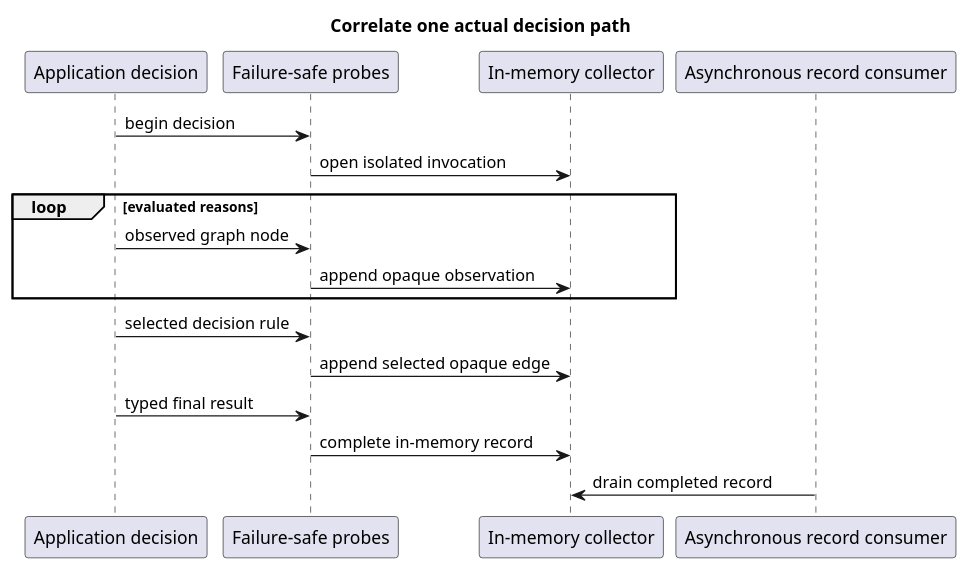
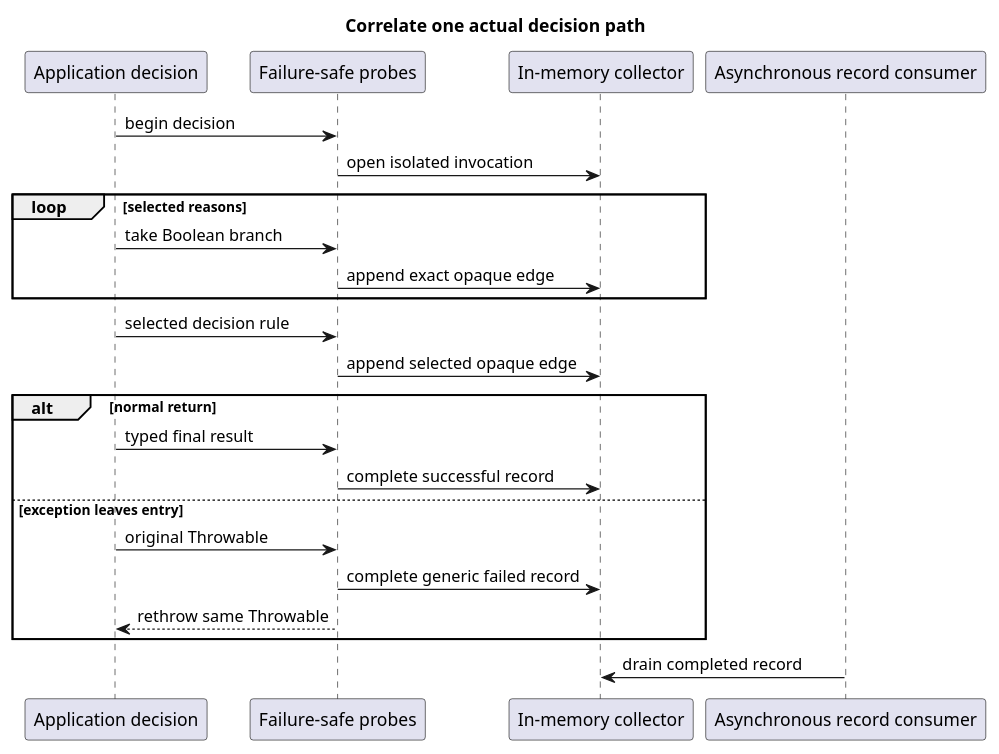
Before and after one commit to Gepardec/businesstracing: the diagram in docs/plantuml/runtime-correlation.puml, drawn with PlantUML. The commit also changed 34 other files, not shown here.

```diff
--- a/docs/plantuml/runtime-correlation.puml
+++ b/docs/plantuml/runtime-correlation.puml
@@ -1,18 +1,24 @@
 @startuml
 title Correlate one actual decision path
 participant "Application decision" as App
 participant "Failure-safe probes" as Probe
 participant "In-memory collector" as Collector
 participant "Asynchronous record consumer" as Consumer
 App -> Probe : begin decision
 Probe -> Collector : open isolated invocation
-loop evaluated reasons
-  App -> Probe : observed graph node
-  Probe -> Collector : append opaque observation
+loop selected reasons
+  App -> Probe : take Boolean branch
+  Probe -> Collector : append exact opaque edge
 end
 App -> Probe : selected decision rule
 Probe -> Collector : append selected opaque edge
-App -> Probe : typed final result
-Probe -> Collector : complete in-memory record
+alt normal return
+  App -> Probe : typed final result
+  Probe -> Collector : complete successful record
+else exception leaves entry
+  App -> Probe : original Throwable
+  Probe -> Collector : complete generic failed record
+  Probe --> App : rethrow same Throwable
+end
 Consumer -> Collector : drain completed record
 @enduml
```
